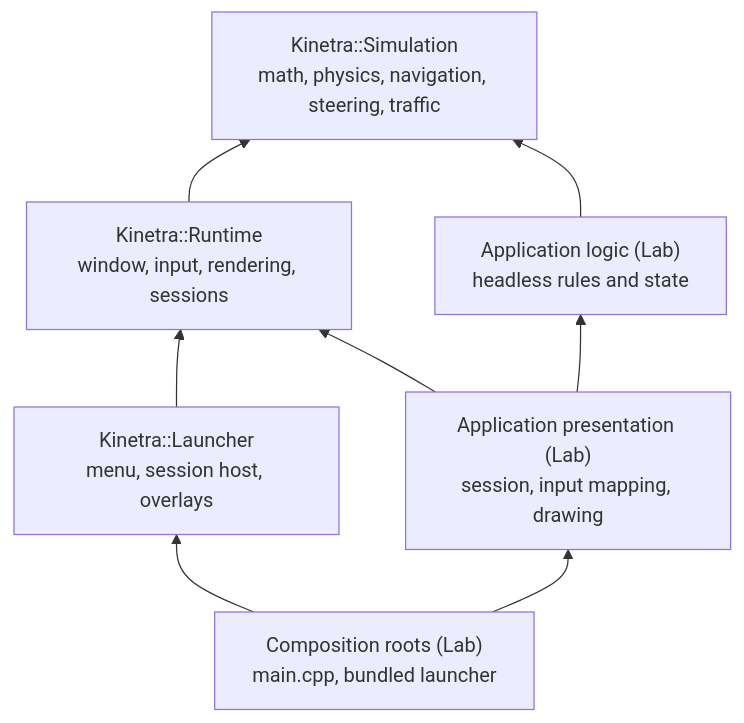
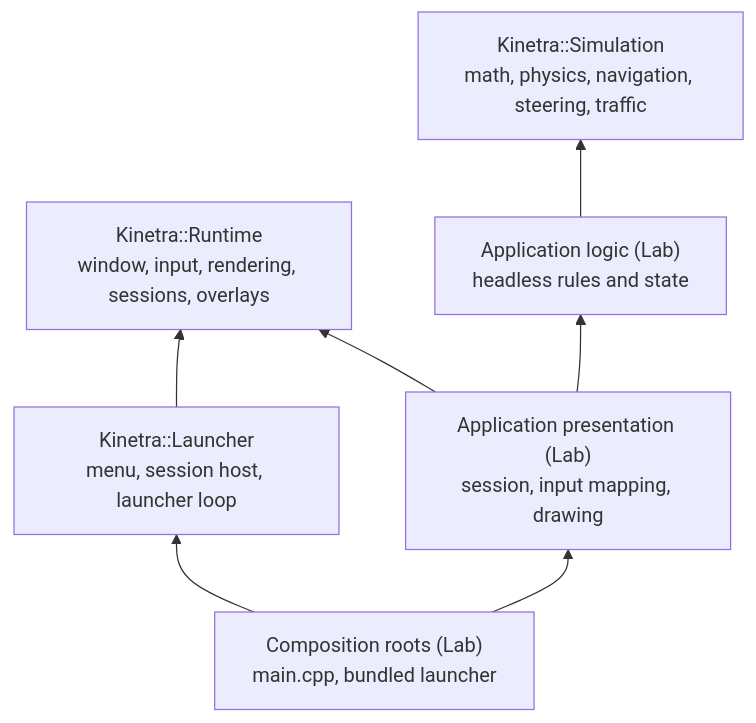
One commit to SMB-M87/Kinetra changed the diagram in docs/conventions.md. Above: the diagram before and after it, drawn with Mermaid. The commit also changed other lines of this file and 5 other files, not shown here.

````diff
--- a/docs/conventions.md
+++ b/docs/conventions.md
@@ -83,11 +83,11 @@
 ```mermaid
 flowchart BT
     Sim["Kinetra::Simulation<br/>math, physics, navigation, steering, traffic"]
-    Rt["Kinetra::Runtime<br/>window, input, rendering, sessions"] --> Sim
-    La["Kinetra::Launcher<br/>menu, session host, overlays"] --> Rt
+    Rt["Kinetra::Runtime<br/>window, input, rendering, sessions, overlays"]
+    La["Kinetra::Launcher<br/>menu, session host, launcher loop"] --> Rt
     Logic["Application logic (Lab)<br/>headless rules and state"] --> Sim
     Pres["Application presentation (Lab)<br/>session, input mapping, drawing"] --> Logic
     Pres --> Rt
     Root["Composition roots (Lab)<br/>main.cpp, bundled launcher"] --> Pres
     Root --> La
 ```
````
